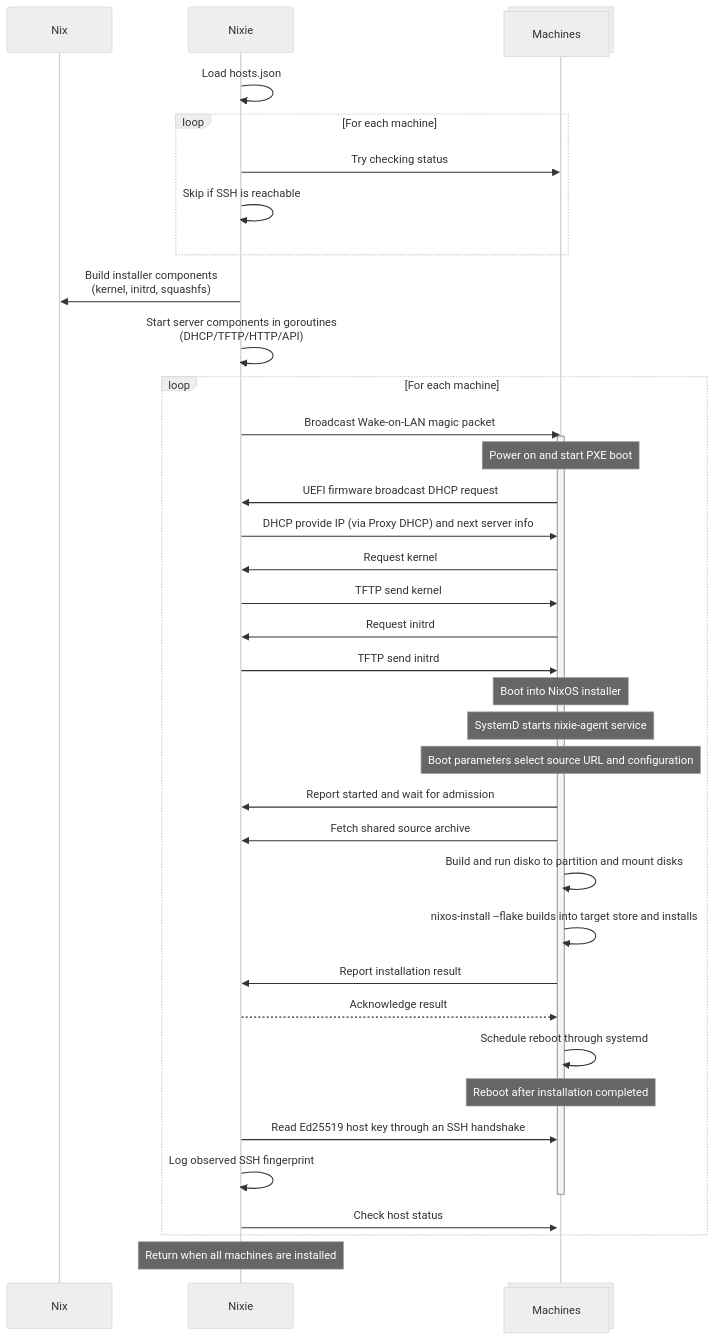
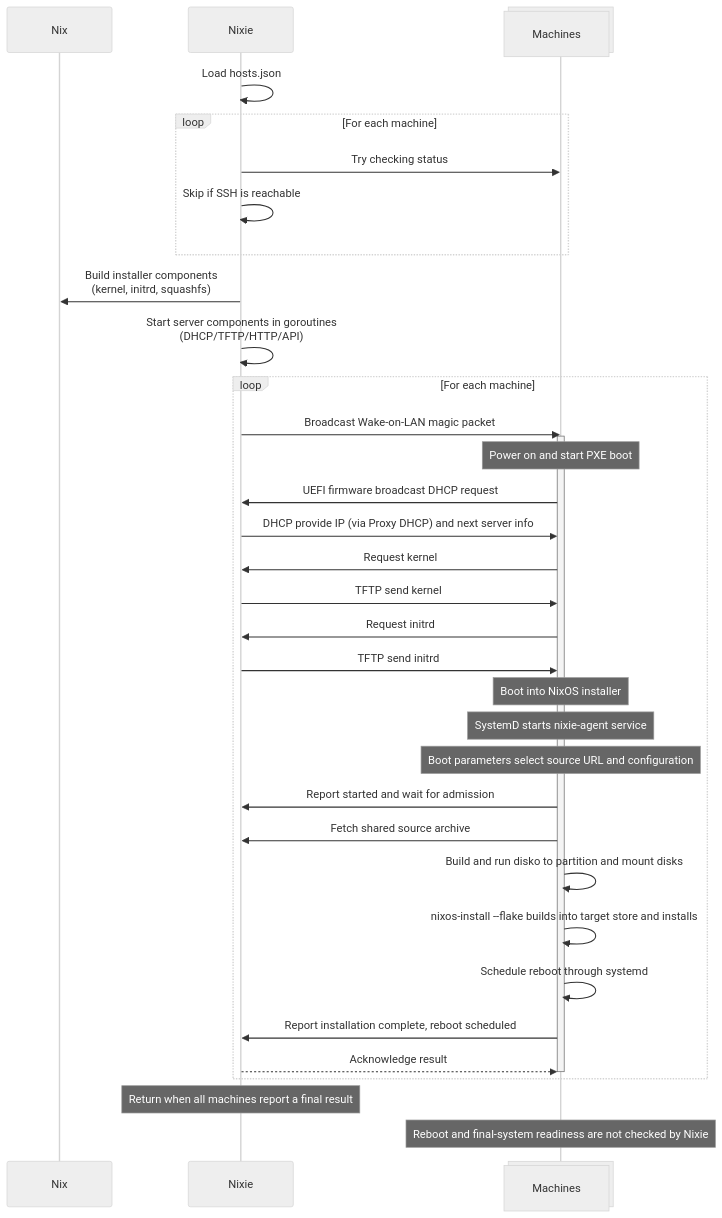
Before and after one commit to khuedoan/nixie: the diagram in README.md, drawn with Mermaid (neutral theme). The commit also changed other lines of this file, not shown here.

Commit message:
docs: clarify installation completion boundary

````diff
--- a/README.md
+++ b/README.md
@@ -134,54 +140,46 @@
 ```mermaid
 sequenceDiagram
     participant Nix
     participant Nixie
     participant Machines@{ "type" : "collections" }
 
     Nixie->>Nixie: Load hosts.json
 
     loop For each machine
     Nixie->>Machines: Try checking status
     Nixie->>Nixie: Skip if SSH is reachable
     end
 
     Nixie->>Nix: Build installer components<br/>(kernel, initrd, squashfs)
     Nixie->>Nixie: Start server components in goroutines<br/>(DHCP/TFTP/HTTP/API)
 
     loop For each machine
         Nixie->>Machines: Broadcast Wake-on-LAN magic packet
 
         activate Machines
 
         Note over Machines: Power on and start PXE boot
 
         Machines->>Nixie: UEFI firmware broadcast DHCP request
         Nixie->>Machines: DHCP provide IP (via Proxy DHCP) and next server info
         Machines->>Nixie: Request kernel
         Nixie->>Machines: TFTP send kernel
         Machines->>Nixie: Request initrd
         Nixie->>Machines: TFTP send initrd
 
         Note over Machines: Boot into NixOS installer
         Note over Machines: SystemD starts nixie-agent service
         Note over Machines: Boot parameters select source URL and configuration
         Machines->>Nixie: Report started and wait for admission
         Machines->>Nixie: Fetch shared source archive
         Machines->>Machines: Build and run disko to partition and mount disks
         Machines->>Machines: nixos-install --flake builds into target store and installs
-        Machines->>Nixie: Report installation result
+        Machines->>Machines: Schedule reboot through systemd
+        Machines->>Nixie: Report installation complete, reboot scheduled
         Nixie-->>Machines: Acknowledge result
-        Machines->>Machines: Schedule reboot through systemd
-
-        Note over Machines: Reboot after installation completed
-
-        Nixie->>Machines: Read Ed25519 host key through an SSH handshake
-        Nixie->>Nixie: Log observed SSH fingerprint
         deactivate Machines
-
-        activate Machines
-
-        Nixie->>Machines: Check host status
     end
 
-    Note over Nixie: Return when all machines are installed
+    Note over Nixie: Return when all machines report a final result
+    Note over Machines: Reboot and final-system readiness are not checked by Nixie
 ```
````
